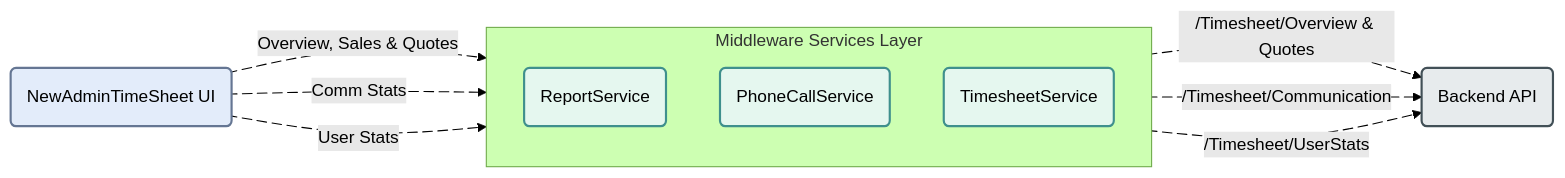
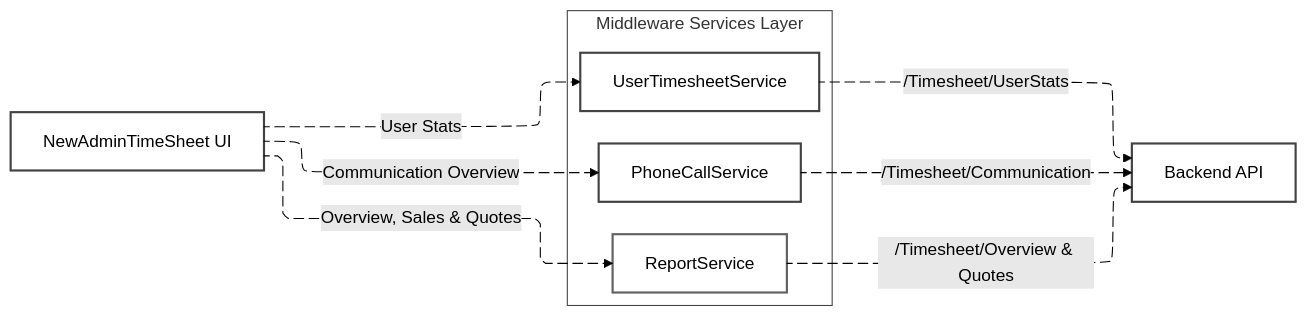
Before and after one commit to Harshita-capsitech/EmailDocs: the second of 3 diagrams in TimeSheet/Dashboard.md, drawn with Mermaid (forest theme). The commit also changed other lines of this file, not shown here.

Commit message:
Revise Timesheet Dashboard API documentation
Updated Timesheet Dashboard documentation to improve clarity and structure.

````diff
--- a/TimeSheet/Dashboard.md
+++ b/TimeSheet/Dashboard.md
@@ -72,36 +70,48 @@
 ```mermaid
+---
+config:
+  layout: elk
+---
 flowchart LR
-    %% Neutral class definitions
-    classDef ui fill:#e3ecfa,stroke:#657693,stroke-width:2px;
-    classDef service fill:#e5f7ef,stroke:#3f908d,stroke-width:2px;
-    classDef api fill:#e7ebed,stroke:#425057,stroke-width:2px;
+ subgraph MWS["Middleware Services Layer"]
+    direction TB
+        RS["ReportService"]
+        PCS["PhoneCallService"]
+        TS["UserTimesheetService"]
+  end
+    UI["NewAdminTimeSheet UI"] ui2rs@-- Overview, Sales &amp; Quotes --> RS
+    UI ui2pcs@-- Communication Overview --> PCS
+    UI ui2ts@-- User Stats --> TS
+    RS rs2api@-- /Timesheet/Overview &amp; Quotes --> API["Backend API"]
+    PCS pcs2api@-- /Timesheet/Communication --> API
+    TS ts2api@-- /Timesheet/UserStats --> API
 
-    %% Nodes
-    UI(NewAdminTimeSheet UI):::ui
-    API(Backend API):::api
+    RS@{ shape: rect}
+    PCS@{ shape: rect}
+    TS@{ shape: rect}
+    UI@{ shape: rect}
+    API@{ shape: rect}
+     RS:::service
+     PCS:::service
+     TS:::service
+     UI:::ui
+     API:::api
+    classDef ui fill:#e3ecfa,stroke:#657693,stroke-width:2px
+    classDef service fill:#e5f7ef,stroke:#3f908d,stroke-width:2px
+    classDef api fill:#e7ebed,stroke:#425057,stroke-width:2px
+    style RS fill:#FFFFFF,stroke:#616161
+    style PCS fill:#FFFFFF,stroke:#424242
+    style TS fill:#FFFFFF,stroke:#424242
+    style UI fill:#FFFFFF,stroke:#424242
+    style API stroke:#424242,fill:#FFFFFF
+    style MWS fill:#FFFFFF,stroke:#424242
+    linkStyle 0 stroke:#000000,fill:none
+    linkStyle 3 stroke:#000000,fill:none
 
-    subgraph Middleware ["Middleware Services Layer"]
-        direction TB
-        RS(ReportService):::service
-        PCS(PhoneCallService):::service
-        TS(TimesheetService):::service
-    end
-
-    %% Animated Connections - UI to Middleware
-    UI ui2rs@-->|Overview, Sales & Quotes| RS
-    UI ui2pcs@-->|Comm Stats| PCS
-    UI ui2ts@-->|User Stats| TS
-
-    %% Animated Connections - Middleware to API
-    RS rs2api@-->|/Timesheet/Overview & Quotes| API
-    PCS pcs2api@-->|/Timesheet/Communication| API
-    TS ts2api@-->|/Timesheet/UserStats| API
-
-    %% -- Animate the edges
-    ui2rs@{ animation: slow }
-    ui2pcs@{ animation: slow }
-    ui2ts@{ animation: slow }
-    rs2api@{ animation: slow }
-    pcs2api@{ animation: slow }
+    ui2rs@{ curve: linear, animation: slow } 
+    ui2pcs@{ animation: slow } 
+    ui2ts@{ animation: slow } 
+    rs2api@{ animation: slow } 
+    pcs2api@{ animation: slow } 
     ts2api@{ animation: slow }
 ```
````
